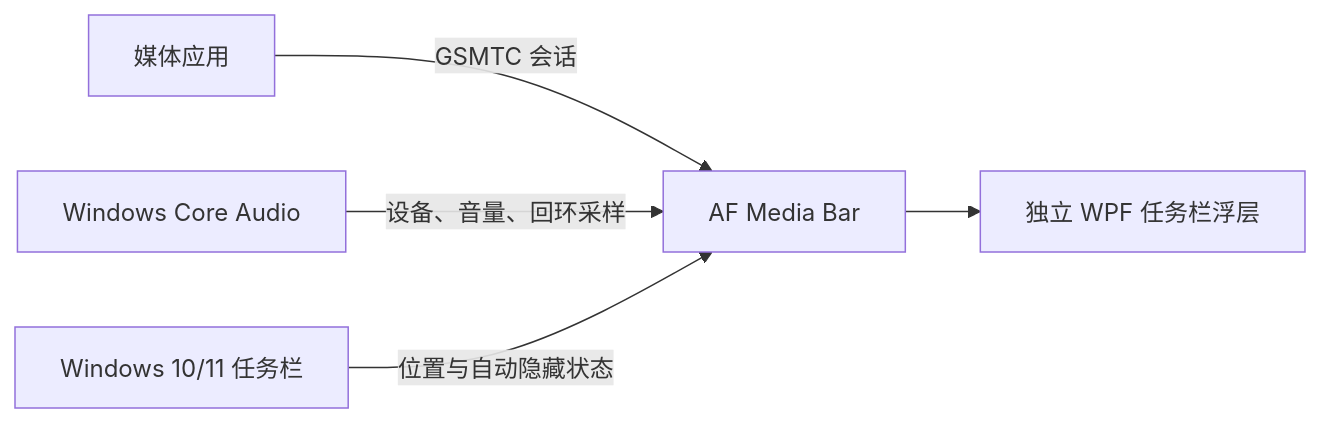
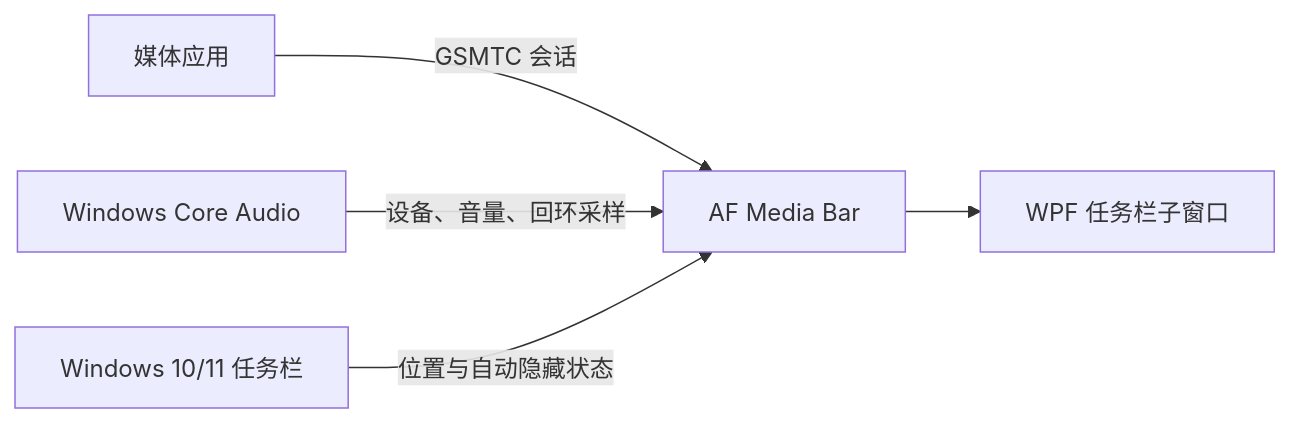
One commit to Fervent-Tempo/AF-Media-Bar changed the diagram in README.md. Above: the diagram before and after it, drawn with Mermaid. The commit also changed other lines of this file and 10 other files, not shown here.

````diff
--- a/README.md
+++ b/README.md
@@ -93,7 +93,7 @@
 ```mermaid
 flowchart LR
     A[媒体应用] -->|GSMTC 会话| B[AF Media Bar]
     C[Windows Core Audio] -->|设备、音量、回环采样| B
     D[Windows 10/11 任务栏] -->|位置与自动隐藏状态| B
-    B --> E[独立 WPF 任务栏浮层]
+    B --> E[WPF 任务栏子窗口]
 ```
````
